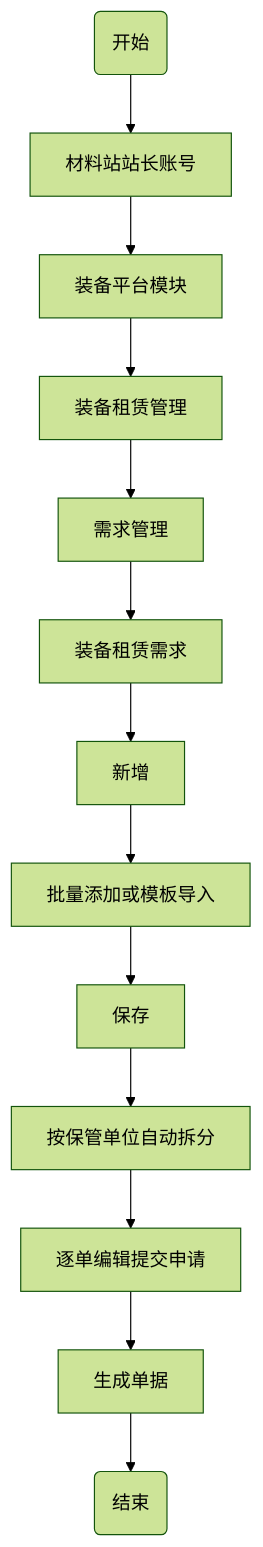
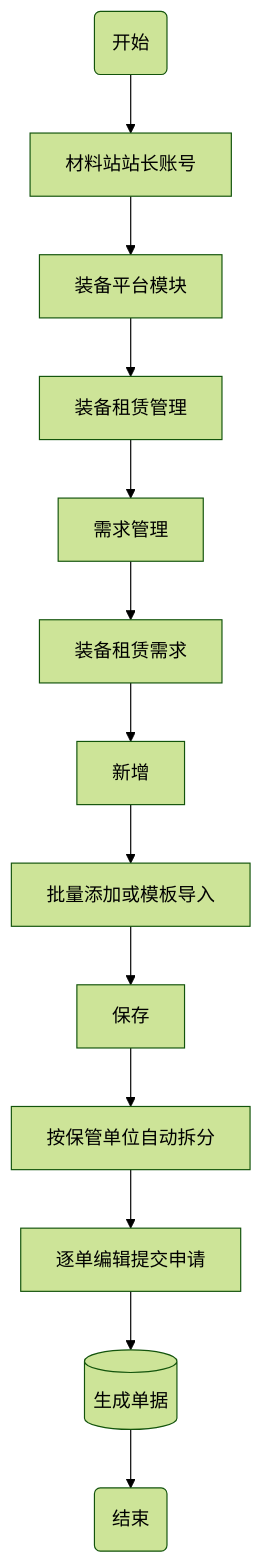
The third of 8 diagrams in asset/单项工程现场装备全流程管理流程图.md (glaze-blue/zett-single-project), drawn with Mermaid (forest theme) before and after one commit. The commit also changed other lines of this file, not shown here.

Commit message:
优化流程图图形

````diff
--- a/asset/单项工程现场装备全流程管理流程图.md
+++ b/asset/单项工程现场装备全流程管理流程图.md
@@ -81,15 +81,15 @@
 ```mermaid
 graph TD
     00(开始)--> A[材料站站长账号]
     A --> B[装备平台模块]
     B --> C[装备租赁管理]
     C --> D[需求管理]
     D --> E[装备租赁需求]
     E --> F[新增]
     F --> G[批量添加或模板导入]
     G --> H[保存]
     H --> I[按保管单位自动拆分]
     I --> J[逐单编辑提交申请]
-    J --> K[生成单据]
+    J --> K[(生成单据)]
     K --> L(结束)
 ```
````
